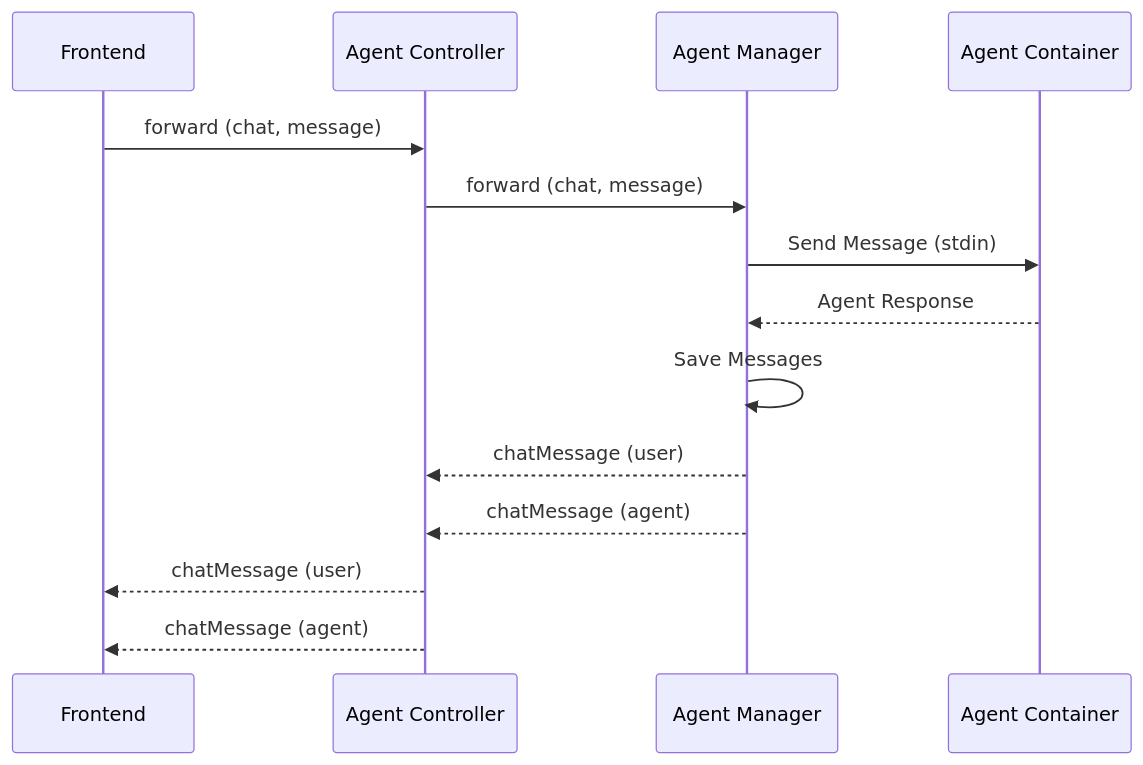
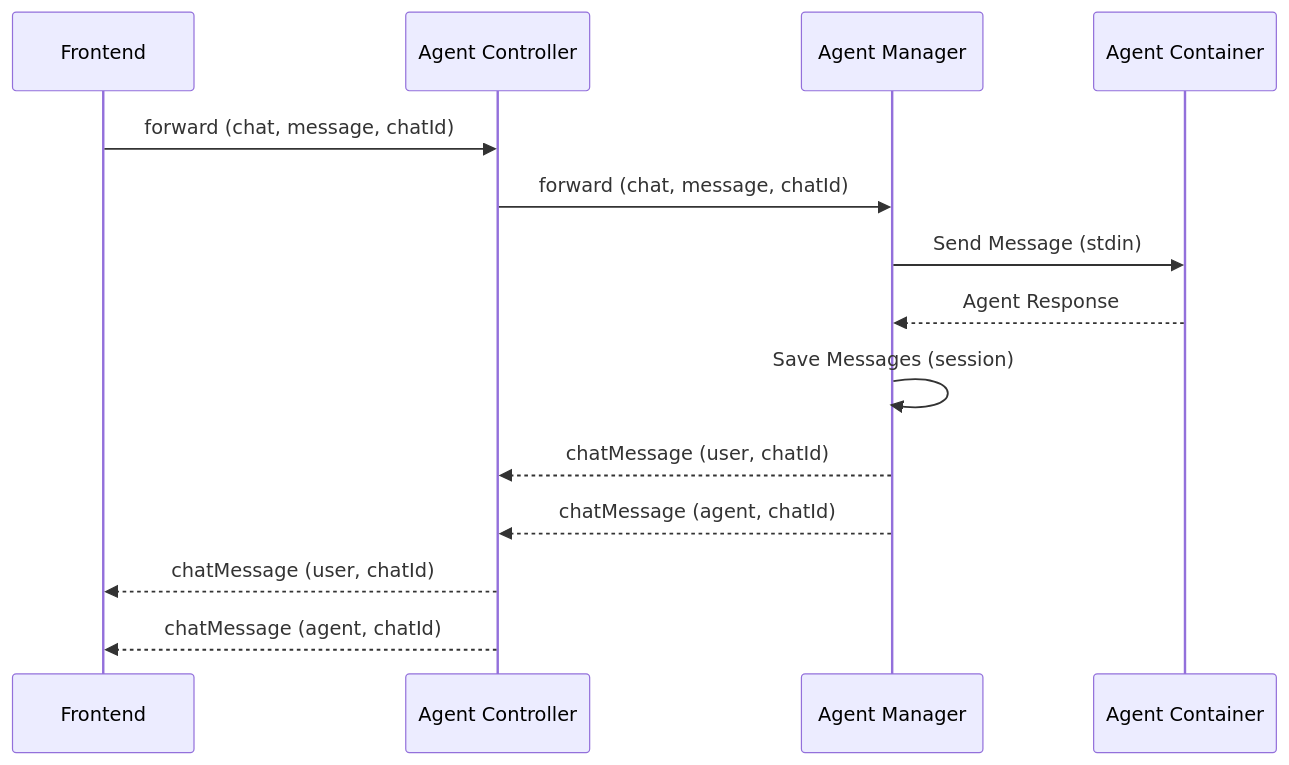
One commit to forepath/tsef changed the fourth of 4 diagrams in docs/agenstra/features/websocket-communication.md. Above: the diagram before and after it, drawn with Mermaid. The commit also changed other lines of this file and 115 other files, not shown here.

````diff
--- a/docs/agenstra/features/websocket-communication.md
+++ b/docs/agenstra/features/websocket-communication.md
@@ -234,17 +258,17 @@
 ```mermaid
 sequenceDiagram
     participant F as Frontend
     participant AC as Agent Controller
     participant AM as Agent Manager
     participant A as Agent Container
 
-    F->>AC: forward (chat, message)
-    AC->>AM: forward (chat, message)
+    F->>AC: forward (chat, message, chatId)
+    AC->>AM: forward (chat, message, chatId)
     AM->>A: Send Message (stdin)
     A-->>AM: Agent Response
-    AM->>AM: Save Messages
-    AM-->>AC: chatMessage (user)
-    AM-->>AC: chatMessage (agent)
-    AC-->>F: chatMessage (user)
-    AC-->>F: chatMessage (agent)
+    AM->>AM: Save Messages (session)
+    AM-->>AC: chatMessage (user, chatId)
+    AM-->>AC: chatMessage (agent, chatId)
+    AC-->>F: chatMessage (user, chatId)
+    AC-->>F: chatMessage (agent, chatId)
 ```
````
